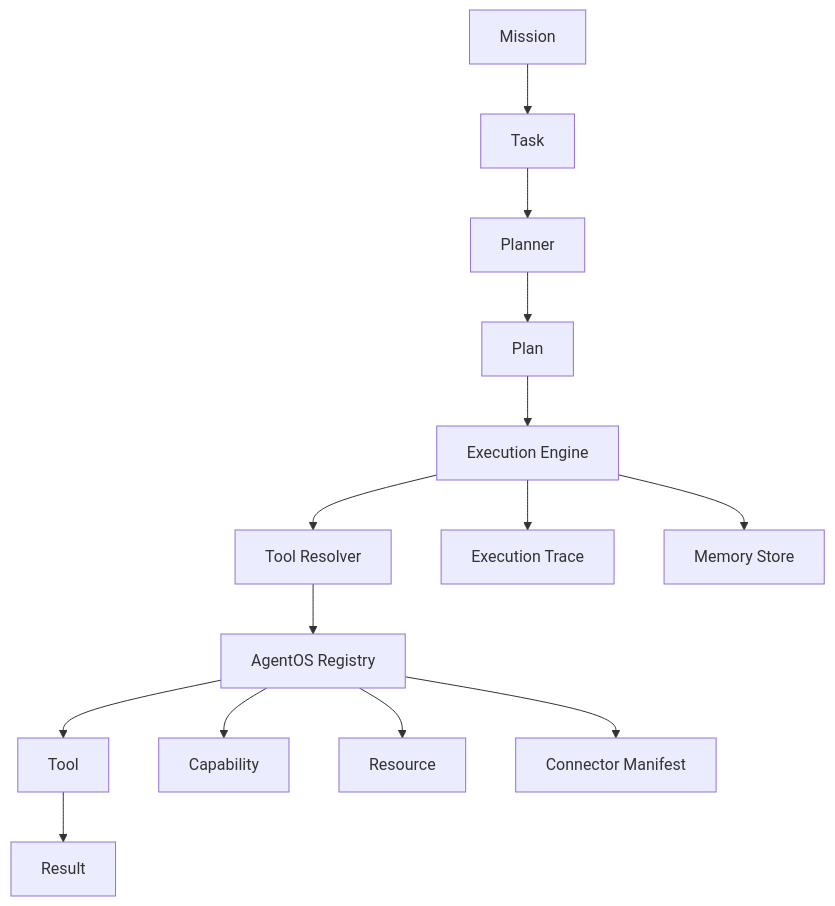
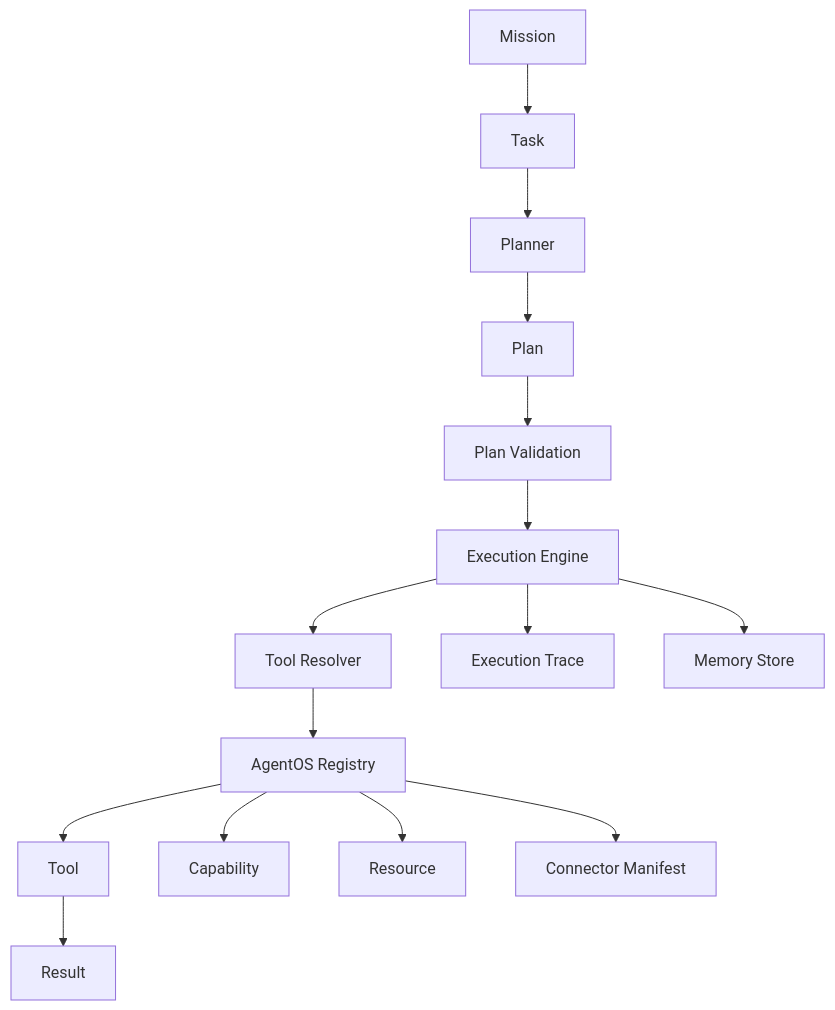
The diagram in ARCHITECTURE.md (Suvitex101/agentOS), drawn with Mermaid before and after one commit. The commit also changed other lines of this file and 13 other files, not shown here.

````diff
--- a/ARCHITECTURE.md
+++ b/ARCHITECTURE.md
@@ -34,16 +36,17 @@
 ```mermaid
 flowchart TD
   Mission["Mission"] --> Task["Task"]
   Task --> Planner["Planner"]
   Planner --> Plan["Plan"]
-  Plan --> Engine["Execution Engine"]
+  Plan --> Validator["Plan Validation"]
+  Validator --> Engine["Execution Engine"]
   Engine --> Resolver["Tool Resolver"]
   Resolver --> Registry["AgentOS Registry"]
   Registry --> Tool["Tool"]
   Tool --> Result["Result"]
   Registry --> Capability["Capability"]
   Registry --> Resource["Resource"]
   Registry --> Connector["Connector Manifest"]
   Engine --> Trace["Execution Trace"]
   Engine --> Memory["Memory Store"]
 ```
````
